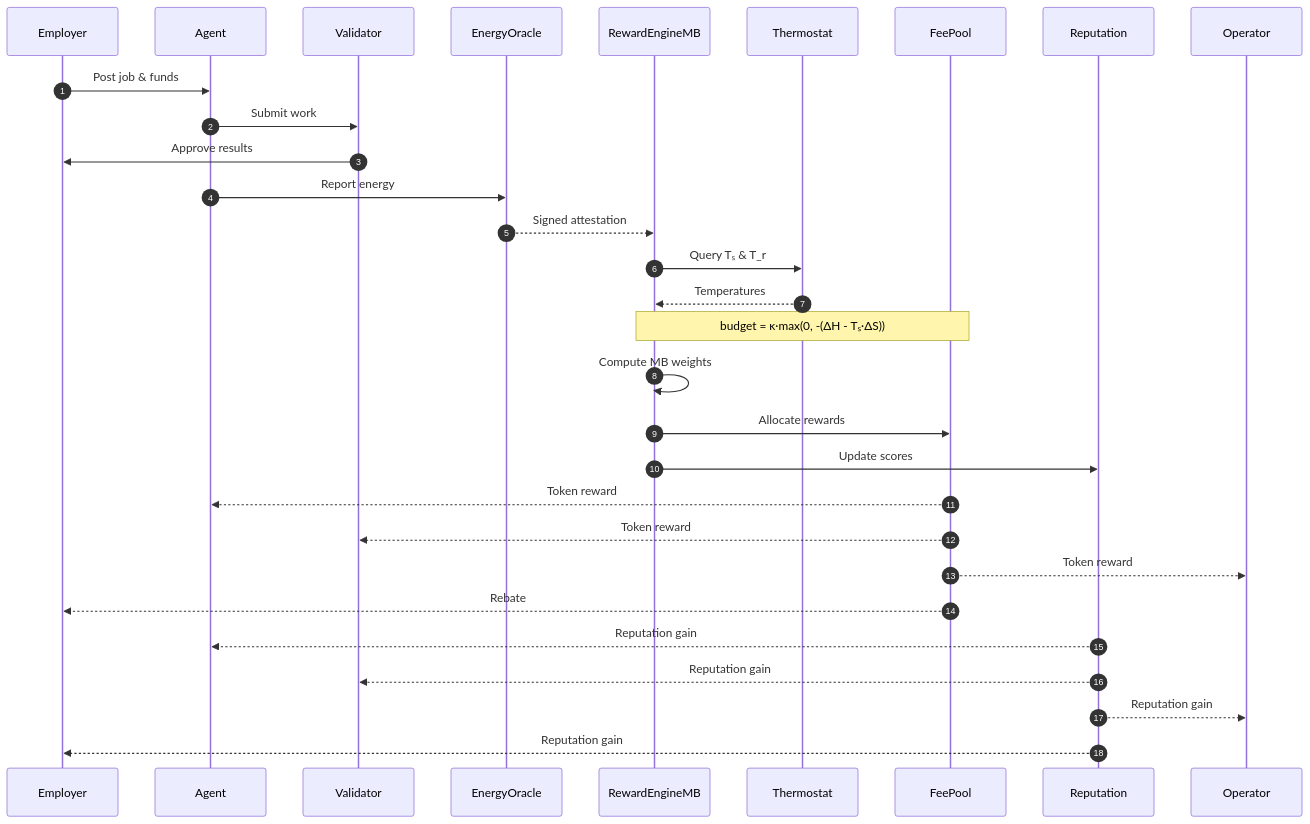
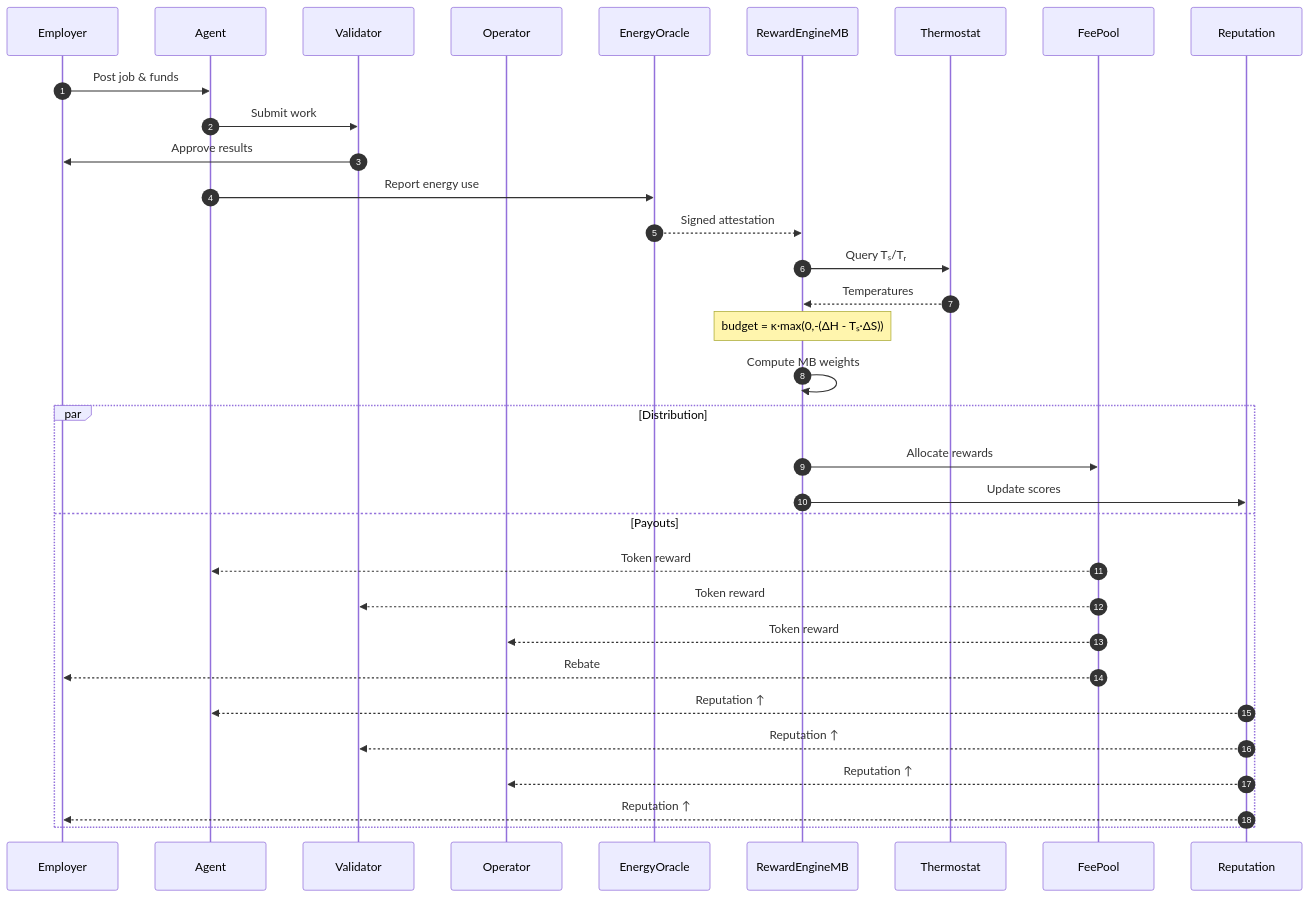
One commit to MontrealAI/AGIJobsv0 changed the second of 2 diagrams in docs/universal-platform-incentive-architecture.md. Above: the diagram before and after it, drawn with Mermaid. The commit also changed other lines of this file and 1 other file, not shown here.

Commit message:
docs: enhance thermodynamic incentive diagrams

````diff
--- a/docs/universal-platform-incentive-architecture.md
+++ b/docs/universal-platform-incentive-architecture.md
@@ -72,32 +75,36 @@
 ```mermaid
 sequenceDiagram
     autonumber
     participant Employer
     participant Agent
     participant Validator
+    participant Operator
     participant Oracle as EnergyOracle
     participant Engine as RewardEngineMB
     participant Thermostat
     participant FeePool
     participant Reputation
 
     Employer->>Agent: Post job & funds
     Agent->>Validator: Submit work
     Validator->>Employer: Approve results
-    Agent->>Oracle: Report energy
+    Agent->>Oracle: Report energy use
     Oracle-->>Engine: Signed attestation
-    Engine->>Thermostat: Query Tₛ & T_r
+    Engine->>Thermostat: Query Tₛ/Tᵣ
     Thermostat-->>Engine: Temperatures
-    Note over Engine,FeePool: budget = κ·max(0, -(ΔH - Tₛ·ΔS))
+    Note over Engine: budget = κ·max(0,-(ΔH - Tₛ·ΔS))
     Engine->>Engine: Compute MB weights
-    Engine->>FeePool: Allocate rewards
-    Engine->>Reputation: Update scores
-    FeePool-->>Agent: Token reward
-    FeePool-->>Validator: Token reward
-    FeePool-->>Operator: Token reward
-    FeePool-->>Employer: Rebate
-    Reputation-->>Agent: Reputation gain
-    Reputation-->>Validator: Reputation gain
-    Reputation-->>Operator: Reputation gain
-    Reputation-->>Employer: Reputation gain
+    par Distribution
+        Engine->>FeePool: Allocate rewards
+        Engine->>Reputation: Update scores
+    and Payouts
+        FeePool-->>Agent: Token reward
+        FeePool-->>Validator: Token reward
+        FeePool-->>Operator: Token reward
+        FeePool-->>Employer: Rebate
+        Reputation-->>Agent: Reputation ↑
+        Reputation-->>Validator: Reputation ↑
+        Reputation-->>Operator: Reputation ↑
+        Reputation-->>Employer: Reputation ↑
+    end
 ```
````
